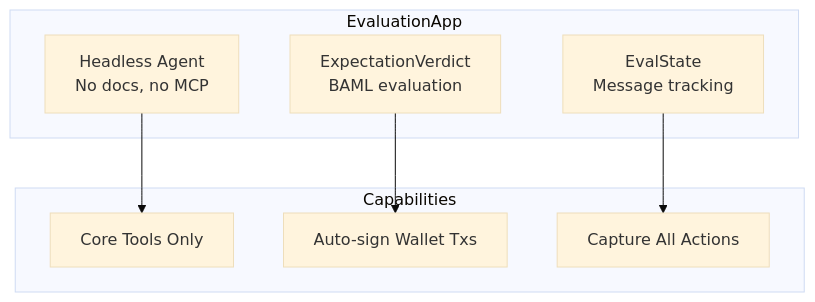
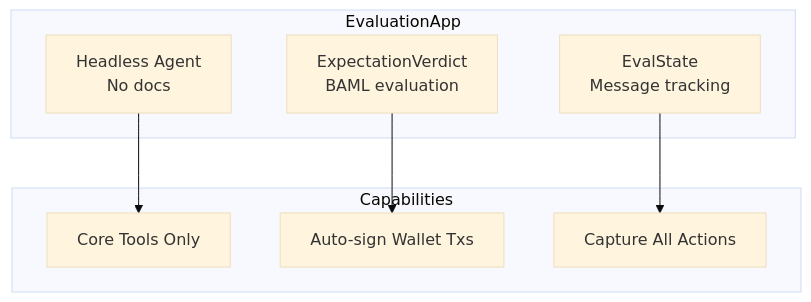
Before and after one commit to aomi-labs/aomi-widget: the fifth of 6 diagrams in apps/landing/content/guides/advanced/evals.mdx, drawn with Mermaid (base theme). The commit also changed 115 other files, not shown here.

````diff
--- a/apps/landing/content/guides/advanced/evals.mdx
+++ b/apps/landing/content/guides/advanced/evals.mdx
@@ -380,18 +380,18 @@
 ```mermaid
 flowchart TB
     subgraph "EvaluationApp"
-        AGENT[Headless Agent<br/>No docs, no MCP]
+        AGENT[Headless Agent<br/>No docs]
         STATE[EvalState<br/>Message tracking]
         VERDICT[ExpectationVerdict<br/>BAML evaluation]
     end
 
     subgraph "Capabilities"
         TOOLS[Core Tools Only]
         AUTOSIGN[Auto-sign Wallet Txs]
         CAPTURE[Capture All Actions]
     end
 
     AGENT --> TOOLS
     STATE --> CAPTURE
     VERDICT --> AUTOSIGN
 ```
````
